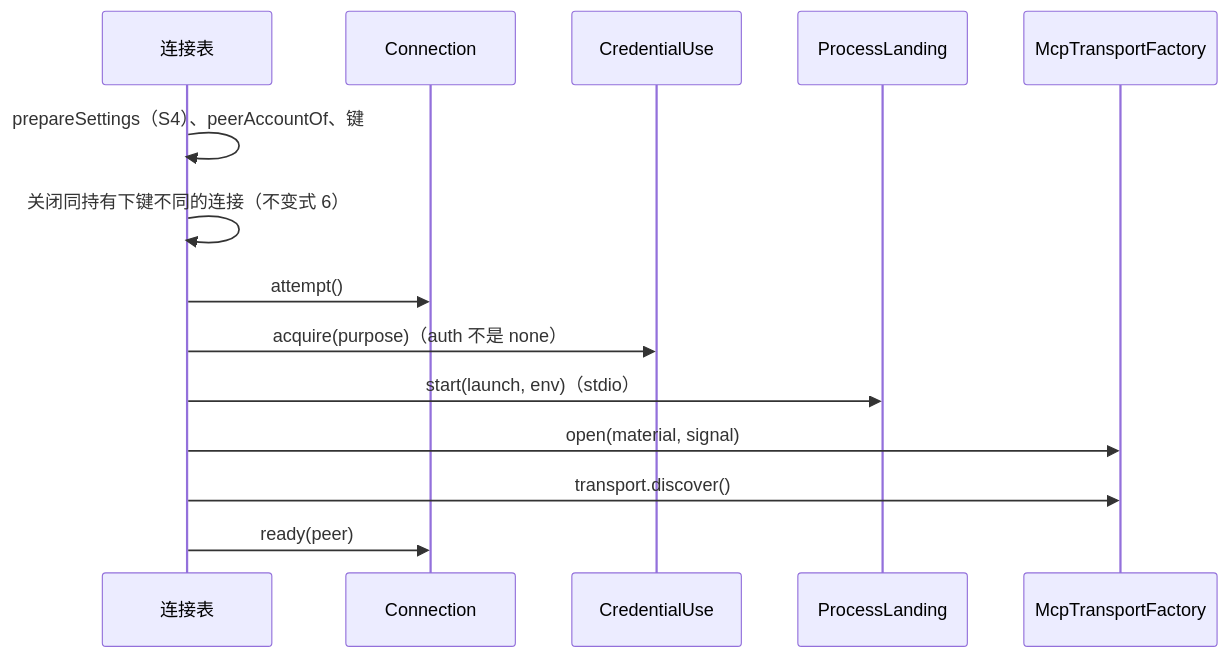
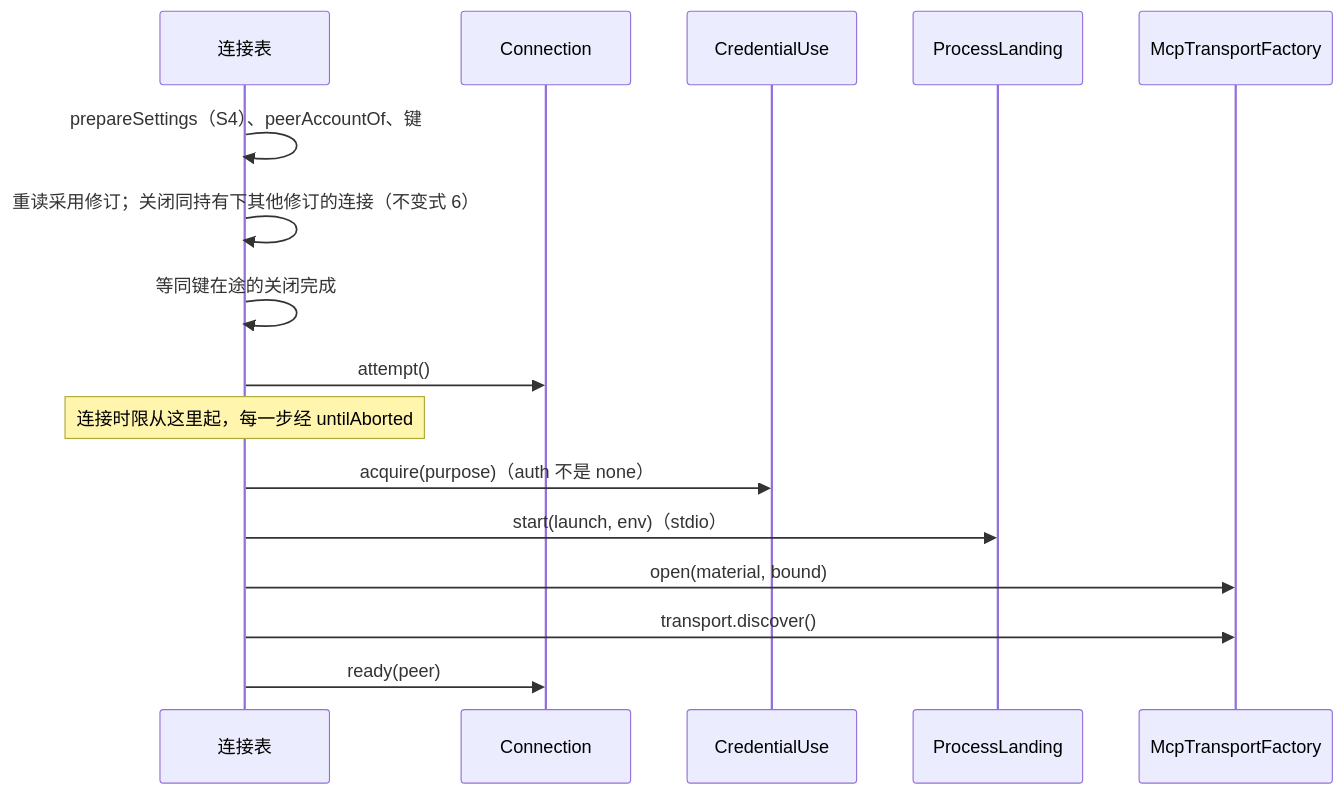
Before and after one commit to nemori-ai/omne-harness-lite: the second of 2 diagrams in packages/mcp/mcp/docs/flows.md, drawn with Mermaid. The commit also changed other lines of this file and 9 other files, not shown here.

````diff
--- a/packages/mcp/mcp/docs/flows.md
+++ b/packages/mcp/mcp/docs/flows.md
@@ -37,16 +37,18 @@
 ```mermaid
 sequenceDiagram
     participant T as 连接表
     participant A as Connection
     participant U as CredentialUse
     participant L as ProcessLanding
     participant F as McpTransportFactory
     T->>T: prepareSettings（S4）、peerAccountOf、键
-    T->>T: 关闭同持有下键不同的连接（不变式 6）
+    T->>T: 重读采用修订；关闭同持有下其他修订的连接（不变式 6）
+    T->>T: 等同键在途的关闭完成
     T->>A: attempt()
+    note over T: 连接时限从这里起，每一步经 untilAborted
     T->>U: acquire(purpose)（auth 不是 none）
     T->>L: start(launch, env)（stdio）
-    T->>F: open(material, signal)
+    T->>F: open(material, bound)
     T->>F: transport.discover()
     T->>A: ready(peer)
 ```
````
